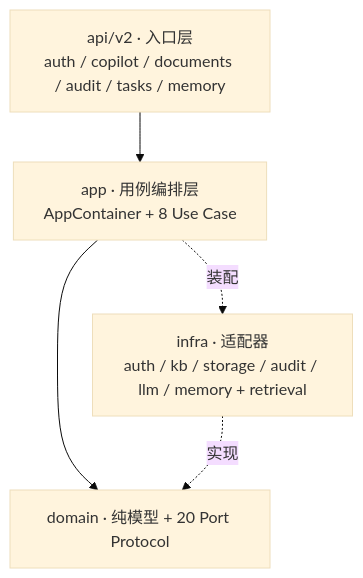
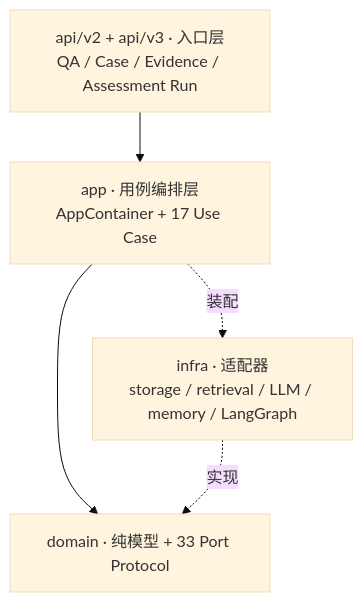
The first of 2 diagrams in README.md (Melodymll01/riskpilot-cross-border-data-agent), drawn with Mermaid (base theme) before and after one commit. The commit also changed other lines of this file and 5 other files, not shown here.

First line of the commit message:
docs: 同步 V2 重构进度与 Assessment Run 指南

````diff
--- a/README.md
+++ b/README.md
@@ -63,11 +70,11 @@
 ```mermaid
 flowchart TB
-    API[api/v2 · 入口层<br/>auth / copilot / documents / audit / tasks / memory]
-    APP[app · 用例编排层<br/>AppContainer + 8 Use Case]
-    DOMAIN[domain · 纯模型 + 20 Port Protocol]
-    INFRA[infra · 适配器<br/>auth / kb / storage / audit / llm / memory + retrieval]
+    API[api/v2 + api/v3 · 入口层<br/>QA / Case / Evidence / Assessment Run]
+    APP[app · 用例编排层<br/>AppContainer + 17 Use Case]
+    DOMAIN[domain · 纯模型 + 33 Port Protocol]
+    INFRA[infra · 适配器<br/>storage / retrieval / LLM / memory / LangGraph]
 
     API --> APP --> DOMAIN
     INFRA -.实现.-> DOMAIN
     APP -.装配.-> INFRA
 ```
````
